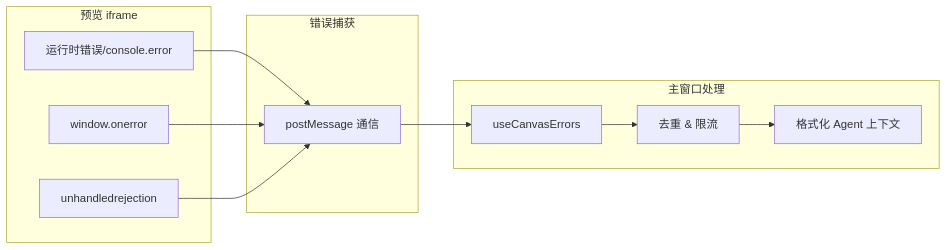
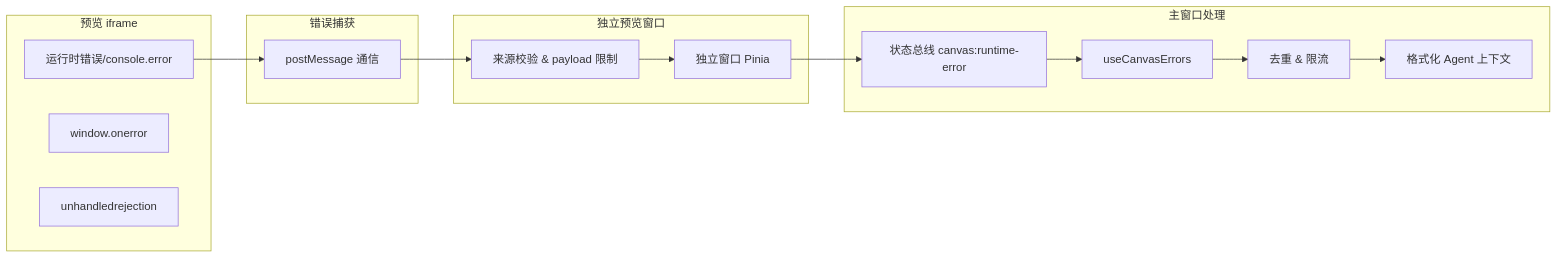
The first of 5 diagrams in src/tools/web-canvas/ARCHITECTURE.md (miaotouy/aio-hub), drawn with Mermaid before and after one commit. The commit also changed other lines of this file and 13 other files, not shown here.

````diff
--- a/src/tools/web-canvas/ARCHITECTURE.md
+++ b/src/tools/web-canvas/ARCHITECTURE.md
@@ -102,23 +102,27 @@
 ```mermaid
 flowchart LR
     subgraph Preview[预览 iframe]
         E1[运行时错误/console.error]
         E2[window.onerror]
         E3[unhandledrejection]
     end
 
     subgraph Capture[错误捕获]
         C1[postMessage 通信]
     end
 
-    subgraph Process[主窗口处理]
-        P1[useCanvasErrors]
-        P2[去重 & 限流]
-        P3[格式化 Agent 上下文]
+    subgraph Detached[独立预览窗口]
+        D1[来源校验 & payload 限制]
+        D2[独立窗口 Pinia]
     end
 
-    E1 --> C1
-    E2 --> C1
-    E3 --> C1
-    C1 --> P1 --> P2 --> P3
+    subgraph Process[主窗口处理]
+        P1[状态总线 canvas:runtime-error]
+        P2[useCanvasErrors]
+        P3[去重 & 限流]
+        P4[格式化 Agent 上下文]
+    end
+
+    E1 --> C1 --> D1 --> D2
+    D2 --> P1 --> P2 --> P3 --> P4
 ```
````
